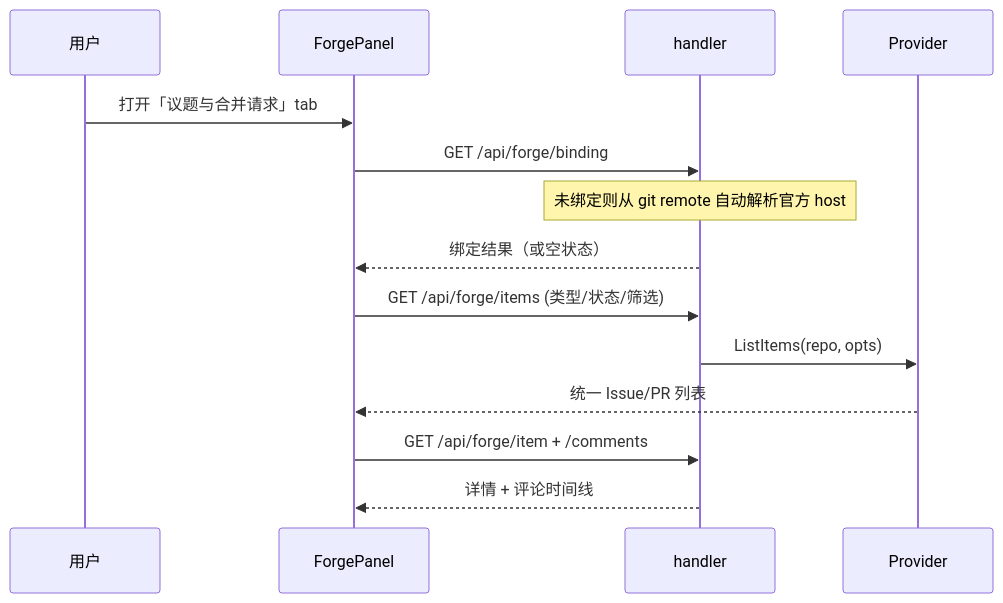
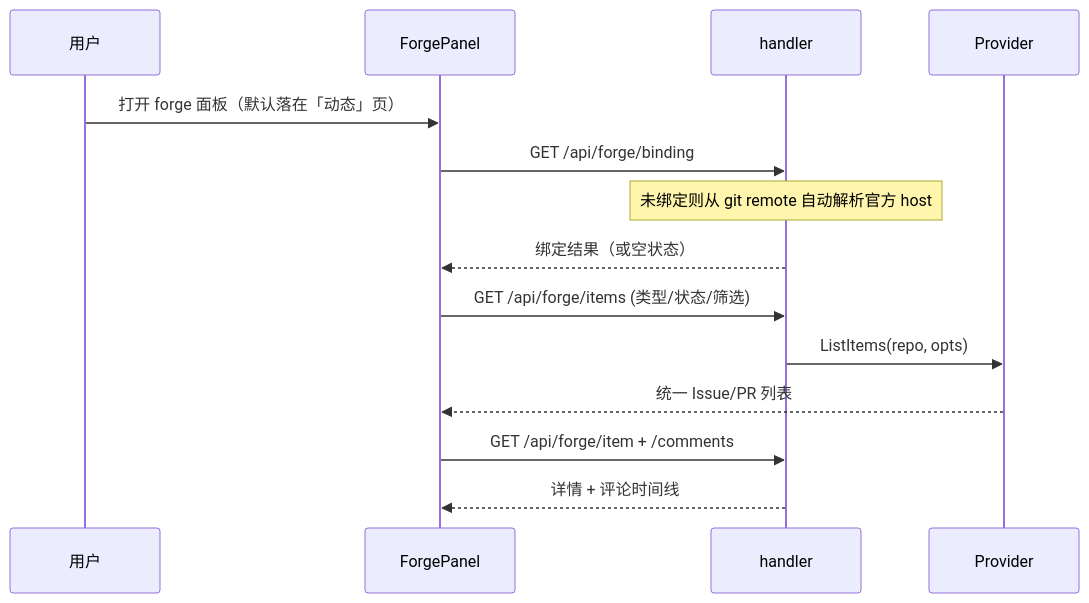
The first of 5 diagrams in docs/spec/features/forge-integration.md (clawbench-dev/clawbench), drawn with Mermaid before and after one commit. The commit also changed other lines of this file and 17 other files, not shown here.

````diff
--- a/docs/spec/features/forge-integration.md
+++ b/docs/spec/features/forge-integration.md
@@ -11,17 +11,17 @@
 ```mermaid
 sequenceDiagram
     participant 用户
     participant ForgePanel
     participant handler
     participant Provider
 
-    用户->>ForgePanel: 打开「议题与合并请求」tab
+    用户->>ForgePanel: 打开 forge 面板（默认落在「动态」页）
     ForgePanel->>handler: GET /api/forge/binding
     Note over handler: 未绑定则从 git remote 自动解析官方 host
     handler-->>ForgePanel: 绑定结果（或空状态）
     ForgePanel->>handler: GET /api/forge/items (类型/状态/筛选)
     handler->>Provider: ListItems(repo, opts)
     Provider-->>ForgePanel: 统一 Issue/PR 列表
     ForgePanel->>handler: GET /api/forge/item + /comments
     handler-->>ForgePanel: 详情 + 评论时间线
 ```
````
